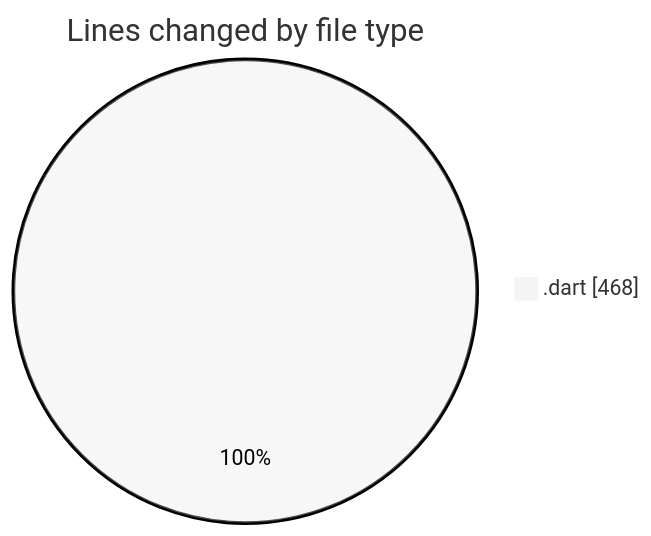
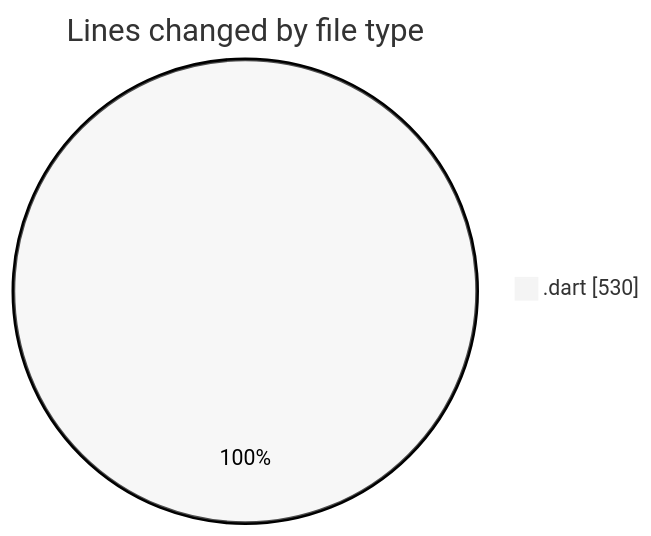
The first of 2 diagrams in 2025-01-15/trackers_app/README.md (donsfak/code-tracking), drawn with Mermaid (neutral theme) before and after one commit. The commit also changed other lines of this file and 1 other file, not shown here.

````diff
--- a/2025-01-15/trackers_app/README.md
+++ b/2025-01-15/trackers_app/README.md
@@ -23,5 +23,5 @@
 ```mermaid
 pie showData
 title Lines changed by file type
-".dart" : 468
+".dart" : 530
 ```
````
